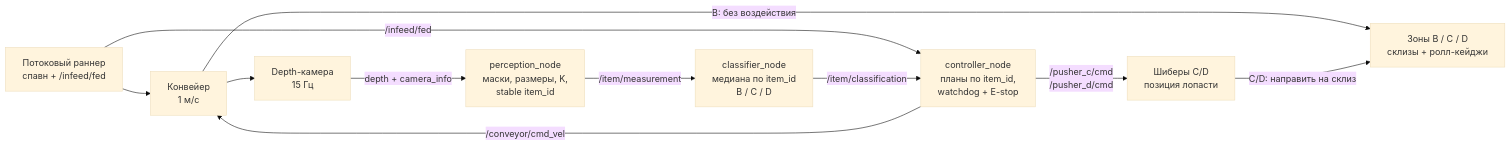
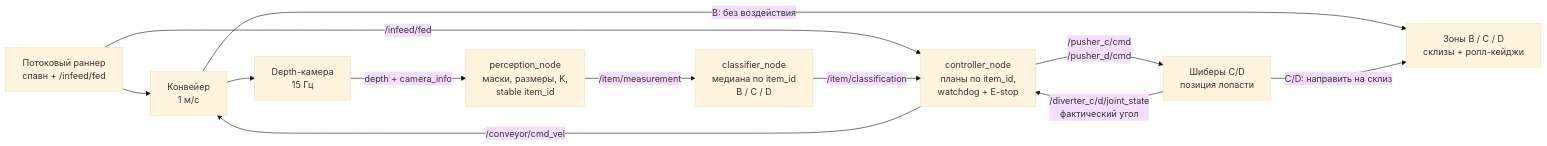
The diagram in docs/report/architecture.md (IR630/ozon), drawn with Mermaid (base theme) before and after one commit. The commit also changed other lines of this file and 16 other files, not shown here.

````diff
--- a/docs/report/architecture.md
+++ b/docs/report/architecture.md
@@ -11,22 +12,23 @@
 ```mermaid
 flowchart LR
     FEED[Потоковый раннер<br/>спавн + /infeed/fed]
     BELT[Конвейер<br/>1 м/с]
     CAM[Depth-камера<br/>15 Гц]
     PER[perception_node<br/>маски, размеры, K,<br/>stable item_id]
     CLS[classifier_node<br/>медиана по item_id<br/>B / C / D]
     CTRL[controller_node<br/>планы по item_id,<br/>watchdog + E-stop]
     ACT[Шиберы C/D<br/>позиция лопасти]
     OUT[Зоны B / C / D<br/>склизы + ролл-кейджи]
 
     FEED --> BELT
     FEED -->|/infeed/fed| CTRL
     BELT --> CAM
     CAM -->|depth + camera_info| PER
     PER -->|/item/measurement| CLS
     CLS -->|/item/classification| CTRL
     CTRL -->|/conveyor/cmd_vel| BELT
     CTRL -->|/pusher_c/cmd<br/>/pusher_d/cmd| ACT
+    ACT -->|/diverter_c/d/joint_state<br/>фактический угол| CTRL
     BELT -->|B: без воздействия| OUT
     ACT -->|C/D: направить на склиз| OUT
 ```
````
